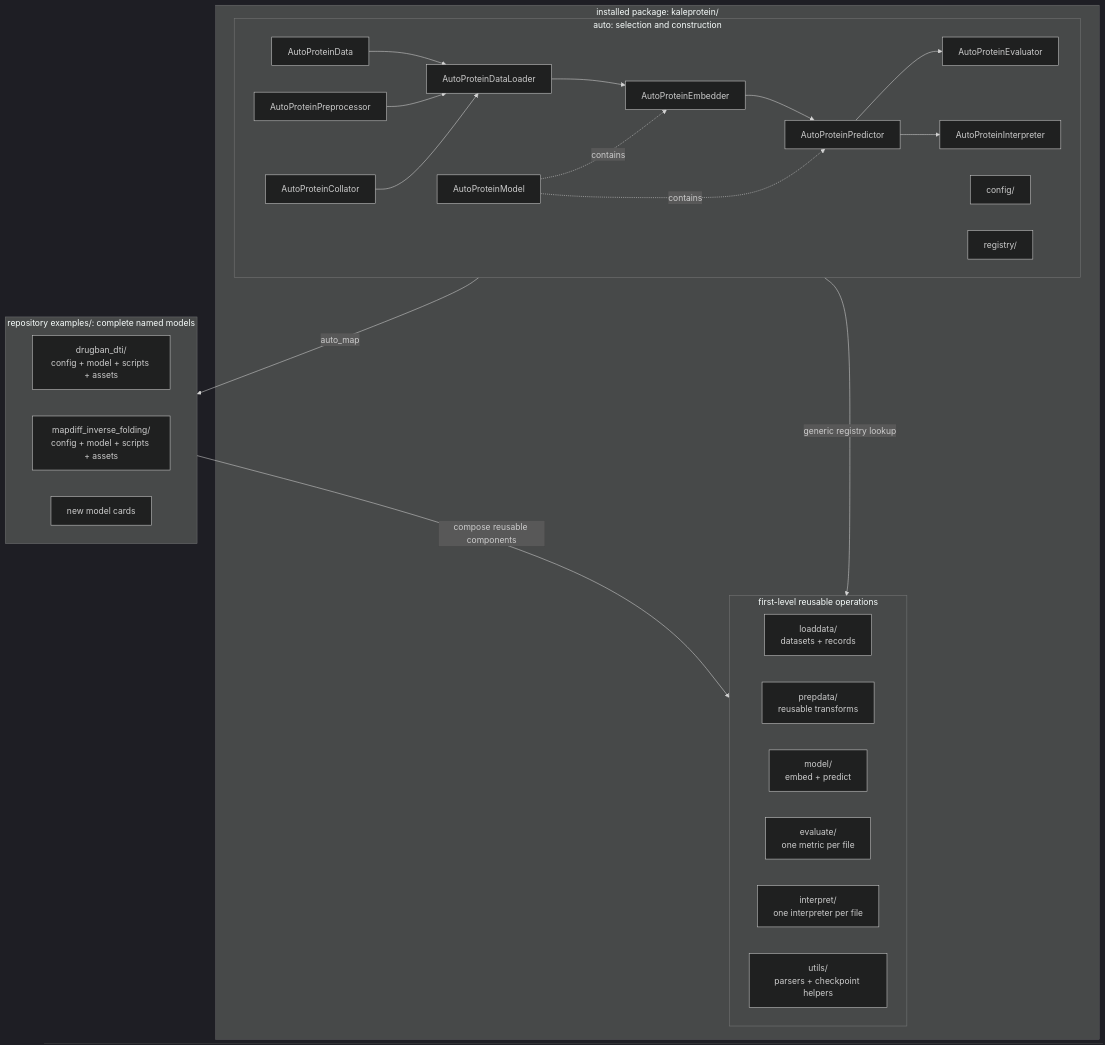
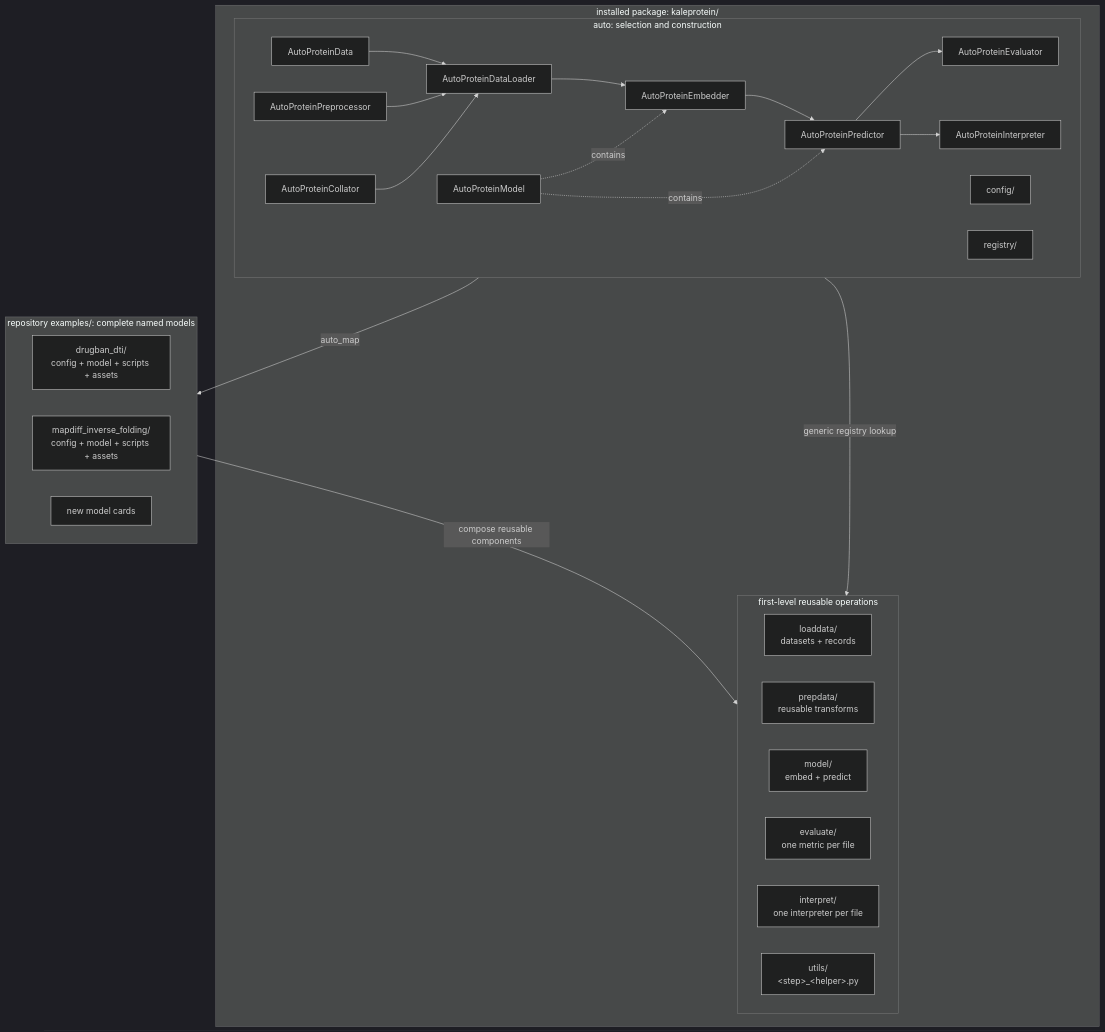
One commit to pykale/protein changed the first of 3 diagrams in docs/architecture.md. Above: the diagram before and after it, drawn with Mermaid (dark theme). The commit also changed other lines of this file and 32 other files, not shown here.

````diff
--- a/docs/architecture.md
+++ b/docs/architecture.md
@@ -26,48 +26,48 @@
 ```mermaid
 flowchart TB
     subgraph PACKAGE["installed package: kaleprotein/"]
       subgraph OPERATIONS["first-level reusable operations"]
         direction LR
         LOAD_DATA["loaddata/<br/>datasets + records"]
         PREP_DATA["prepdata/<br/>reusable transforms"]
         MODEL_COMPONENTS["model/<br/>embed + predict"]
         EVALUATE["evaluate/<br/>one metric per file"]
         INTERPRET["interpret/<br/>one interpreter per file"]
-        UTILS["utils/<br/>parsers + checkpoint helpers"]
+        UTILS["utils/<br/>&lt;step&gt;_&lt;helper&gt;.py"]
       end
 
       subgraph AUTO["auto: selection and construction"]
         direction LR
         DATA["AutoProteinData"]
         PREP["AutoProteinPreprocessor"]
         COLLATE["AutoProteinCollator"]
         LOADER["AutoProteinDataLoader"]
         MODEL["AutoProteinModel"]
         EMBED["AutoProteinEmbedder"]
         PREDICT["AutoProteinPredictor"]
         EVAL["AutoProteinEvaluator"]
         INTERP["AutoProteinInterpreter"]
         CONFIG["config/"]
         REGISTRY["registry/"]
         DATA --> LOADER
         PREP --> LOADER
         COLLATE --> LOADER
         LOADER --> EMBED --> PREDICT
         PREDICT --> EVAL
         PREDICT --> INTERP
         MODEL -.->|"contains"| EMBED
         MODEL -.->|"contains"| PREDICT
       end
     end
 
     subgraph EXAMPLES["repository examples/: complete named models"]
         direction LR
         DRUGBAN["drugban_dti/<br/>config + model + scripts + assets"]
         MAPDIFF["mapdiff_inverse_folding/<br/>config + model + scripts + assets"]
         MORE["new model cards"]
     end
 
     AUTO -->|"generic registry lookup"| OPERATIONS
     MODEL -->|"auto_map"| EXAMPLES
     EXAMPLES -->|"compose reusable components"| OPERATIONS
 ```
````
